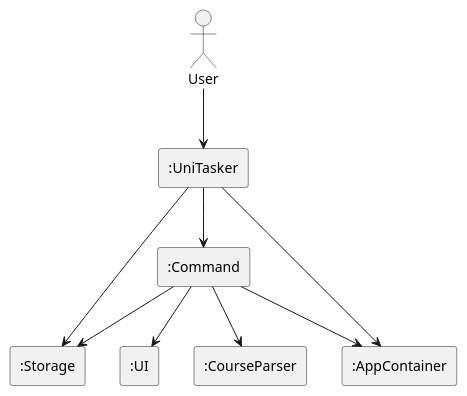
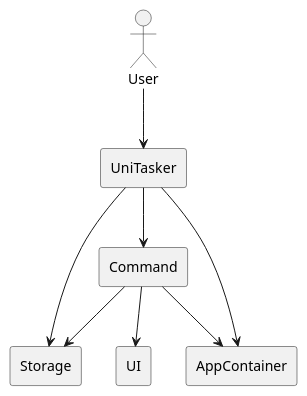
One commit to michaelshyam1/tp changed the diagram in docs/puml/MainArchitecture.puml. Above: the diagram before and after it, drawn with PlantUML. The commit also changed 5 other files, not shown here.

Commit message:
Edit puml diagram

```diff
--- a/docs/puml/MainArchitecture.puml
+++ b/docs/puml/MainArchitecture.puml
@@ -1,22 +1,20 @@
 @startuml
 'https://plantuml.com/sequence-diagram
 
 actor User
 
-rectangle ":UniTasker" as UniTasker
-rectangle ":UI" as UI
-rectangle ":Command" as Command
-rectangle ":Storage" as Storage
-rectangle ":AppContainer" as AppContainer
-rectangle ":CourseParser" as CourseParser
+rectangle "UniTasker" as UniTasker
+rectangle "UI" as UI
+rectangle "Command" as Command
+rectangle "Storage" as Storage
+rectangle "AppContainer" as AppContainer
 
 User --> UniTasker
 UniTasker --> Storage
 UniTasker --> Command
 UniTasker --> AppContainer
 Command --> UI
 Command --> Storage
 Command --> AppContainer
-Command --> CourseParser
 
 @enduml
```
